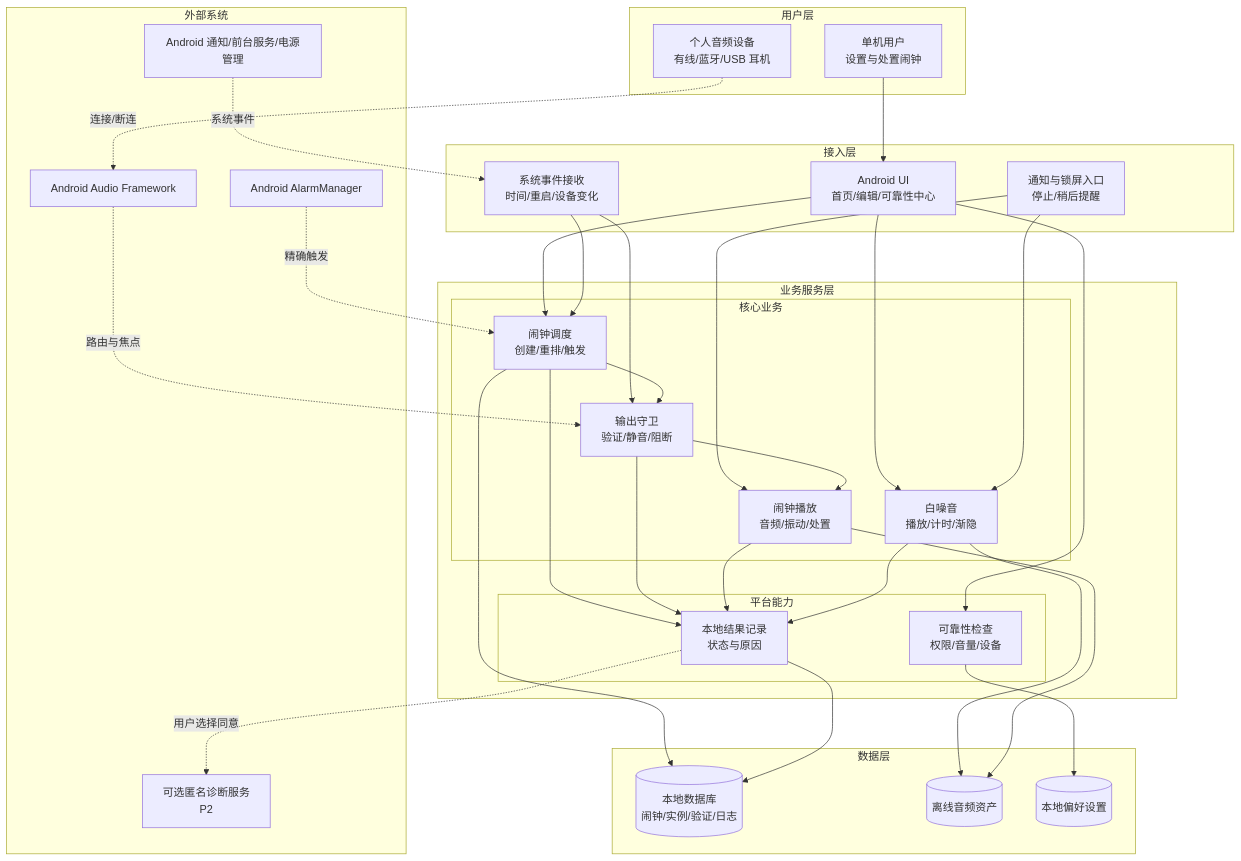
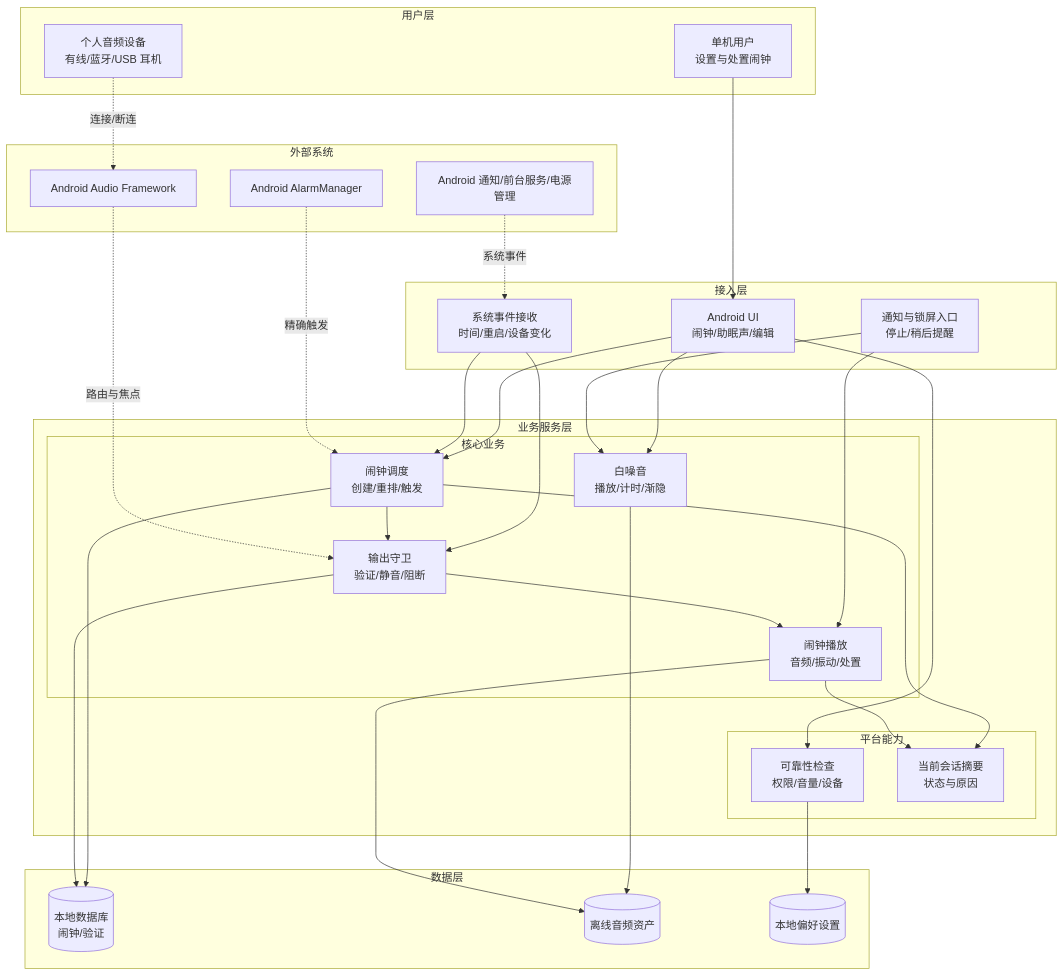
Before and after one commit to chenzhiyong1994/hush-wake: the first of 5 diagrams in docs/hush-wake-prd.md, drawn with Mermaid. The commit also changed other lines of this file and 32 other files, not shown here.

````diff
--- a/docs/hush-wake-prd.md
+++ b/docs/hush-wake-prd.md
@@ -341,54 +343,52 @@
 ```mermaid
 graph TB
     subgraph 用户层
         USER[单机用户<br/>设置与处置闹钟]
         HEADSET[个人音频设备<br/>有线/蓝牙/USB 耳机]
     end
 
     subgraph 接入层
-        UI[Android UI<br/>首页/编辑/可靠性中心]
+        UI[Android UI<br/>闹钟/助眠声/编辑]
         NOTIFY[通知与锁屏入口<br/>停止/稍后提醒]
         RECEIVER[系统事件接收<br/>时间/重启/设备变化]
     end
 
     subgraph 业务服务层
         subgraph 核心业务
             ALARM[闹钟调度<br/>创建/重排/触发]
             GUARD[输出守卫<br/>验证/静音/阻断]
             RING[闹钟播放<br/>音频/振动/处置]
             NOISE[白噪音<br/>播放/计时/渐隐]
         end
         subgraph 平台能力
             HEALTH[可靠性检查<br/>权限/音量/设备]
-            LOG[本地结果记录<br/>状态与原因]
+            SESSION[当前会话摘要<br/>状态与原因]
         end
     end
 
     subgraph 数据层
-        DB[(本地数据库<br/>闹钟/实例/验证/日志)]
+        DB[(本地数据库<br/>闹钟/验证)]
         ASSET[(离线音频资产)]
         PREF[(本地偏好设置)]
     end
 
     subgraph 外部系统
         AM[Android AlarmManager]
         AUDIO[Android Audio Framework]
         OS[Android 通知/前台服务/电源管理]
-        DIAG[可选匿名诊断服务<br/>P2]
     end
 
     USER --> UI
     HEADSET -.->|连接/断连| AUDIO
     UI --> ALARM & NOISE & HEALTH
     NOTIFY --> RING & NOISE
     RECEIVER --> ALARM & GUARD
     ALARM --> GUARD --> RING
-    ALARM & GUARD & RING & NOISE --> LOG
-    ALARM & LOG --> DB
+    ALARM & RING --> SESSION
+    ALARM & GUARD --> DB
     NOISE & RING --> ASSET
     HEALTH --> PREF
     AM -.->|精确触发| ALARM
     AUDIO -.->|路由与焦点| GUARD
     OS -.->|系统事件| RECEIVER
-    LOG -.->|用户选择同意| DIAG
 ```
````
